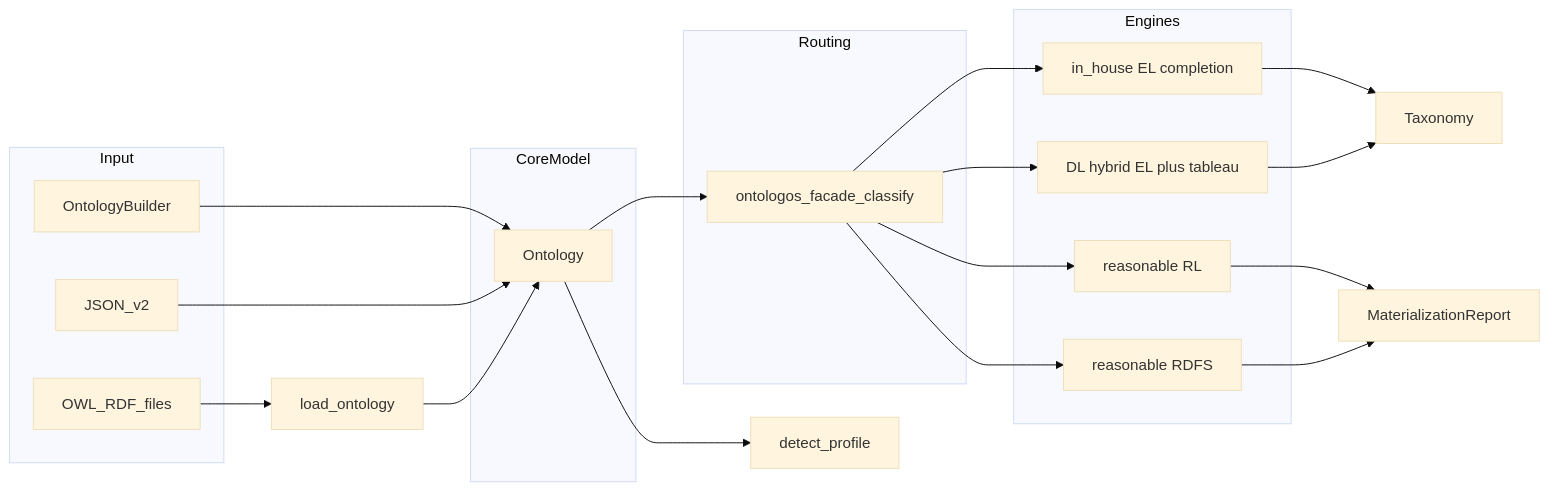
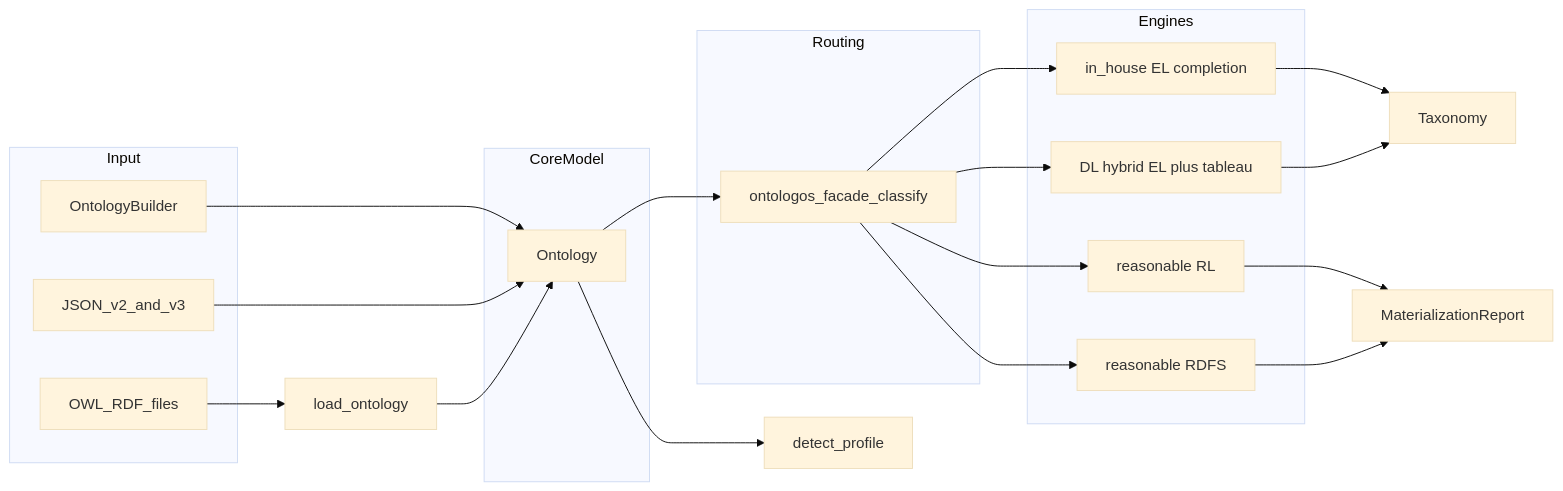
The second of 2 diagrams in docs/architecture.md (eddiethedean/ontologos), drawn with Mermaid (base theme) before and after one commit. The commit also changed other lines of this file and 27 other files, not shown here.

````diff
--- a/docs/architecture.md
+++ b/docs/architecture.md
@@ -76,37 +76,37 @@
 ```mermaid
 flowchart LR
   subgraph input [Input]
     builder[OntologyBuilder]
-    json[JSON_v2]
+    json[JSON_v2_and_v3]
     owl[OWL_RDF_files]
   end
 
   subgraph model [CoreModel]
     ontology[Ontology]
   end
 
   subgraph routing [Routing]
     facadeRoute[ontologos_facade_classify]
   end
 
   subgraph engines [Engines]
     elEng[in_house EL completion]
     rlEng[reasonable RL]
     rdfsEng[reasonable RDFS]
     dlEng[DL hybrid EL plus tableau]
   end
 
   builder --> ontology
   json --> ontology
   owl --> parser[load_ontology] --> ontology
   ontology --> profileDet[detect_profile]
   ontology --> facadeRoute
   facadeRoute --> elEng
   facadeRoute --> rlEng
   facadeRoute --> rdfsEng
   facadeRoute --> dlEng
   elEng --> taxonomy[Taxonomy]
   dlEng --> taxonomy
   rlEng --> saturated[MaterializationReport]
   rdfsEng --> saturated
 ```
````
